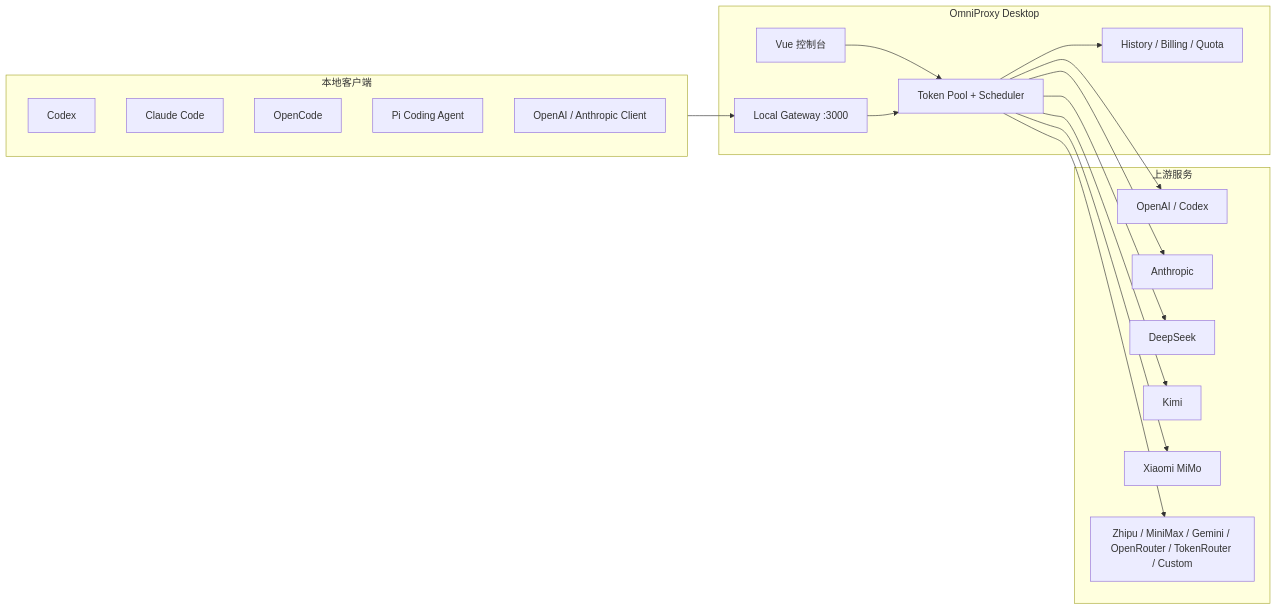
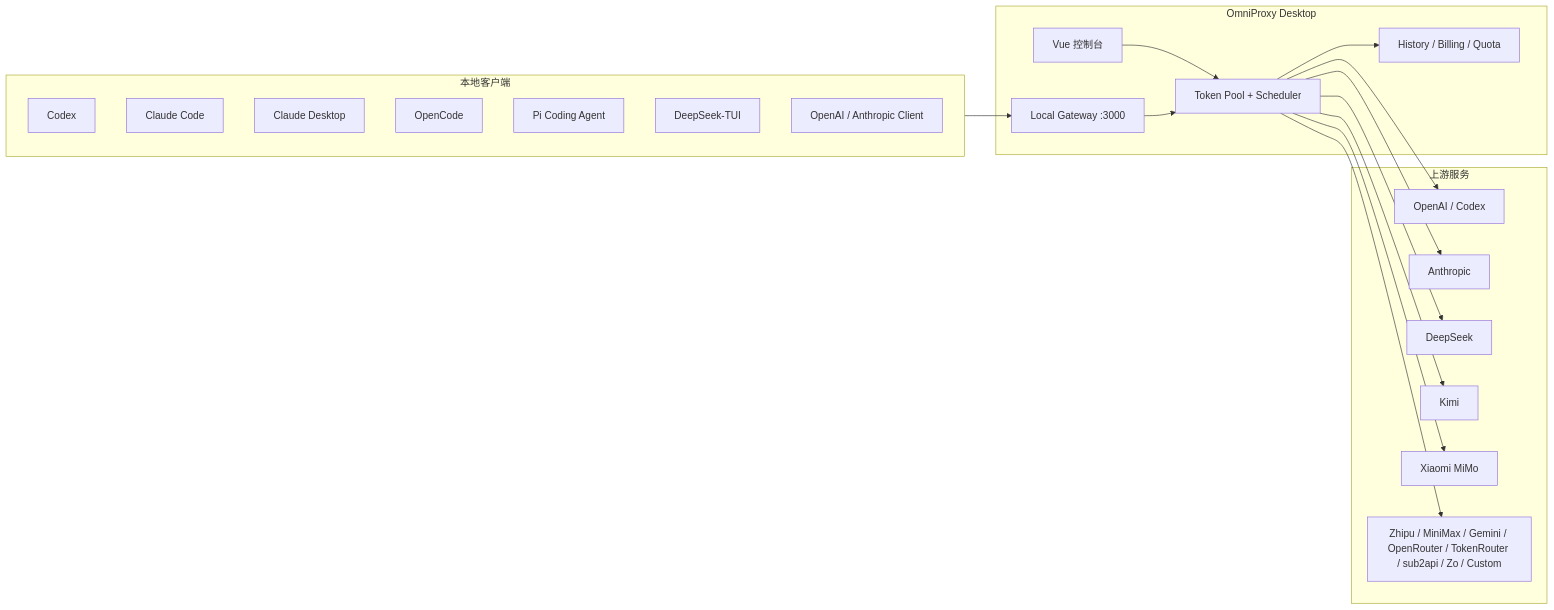
The diagram in README.md (nxtreaming/OmniProxy), drawn with Mermaid before and after one commit. The commit also changed other lines of this file and 1 other file, not shown here.

````diff
--- a/README.md
+++ b/README.md
@@ -45,37 +46,39 @@
 ```mermaid
 flowchart LR
   subgraph Clients["本地客户端"]
     Codex["Codex"]
     Claude["Claude Code"]
+    ClaudeDesktop["Claude Desktop"]
     OpenCode["OpenCode"]
     Pi["Pi Coding Agent"]
+    DeepSeekTUI["DeepSeek-TUI"]
     API["OpenAI / Anthropic Client"]
   end
 
   subgraph OmniProxy["OmniProxy Desktop"]
     Console["Vue 控制台"]
     Proxy["Local Gateway :3000"]
     Scheduler["Token Pool + Scheduler"]
     Logs["History / Billing / Quota"]
   end
 
   subgraph Providers["上游服务"]
     OpenAI["OpenAI / Codex"]
     Anthropic["Anthropic"]
     DeepSeek["DeepSeek"]
     Kimi["Kimi"]
     Mimo["Xiaomi MiMo"]
-    More["Zhipu / MiniMax / Gemini / OpenRouter / TokenRouter / Custom"]
+    More["Zhipu / MiniMax / Gemini / OpenRouter / TokenRouter / sub2api / Zo / Custom"]
   end
 
   Clients --> Proxy
   Console --> Scheduler
   Proxy --> Scheduler
   Scheduler --> Logs
   Scheduler --> OpenAI
   Scheduler --> Anthropic
   Scheduler --> DeepSeek
   Scheduler --> Kimi
   Scheduler --> Mimo
   Scheduler --> More
 ```
````
